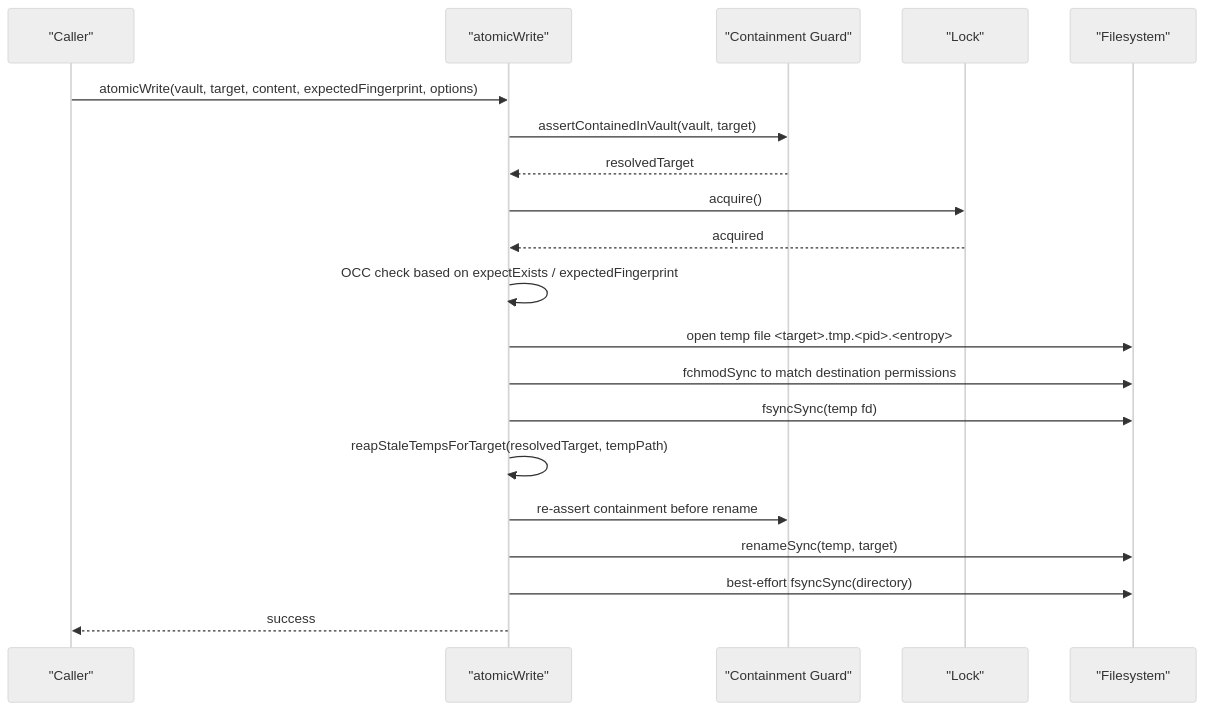
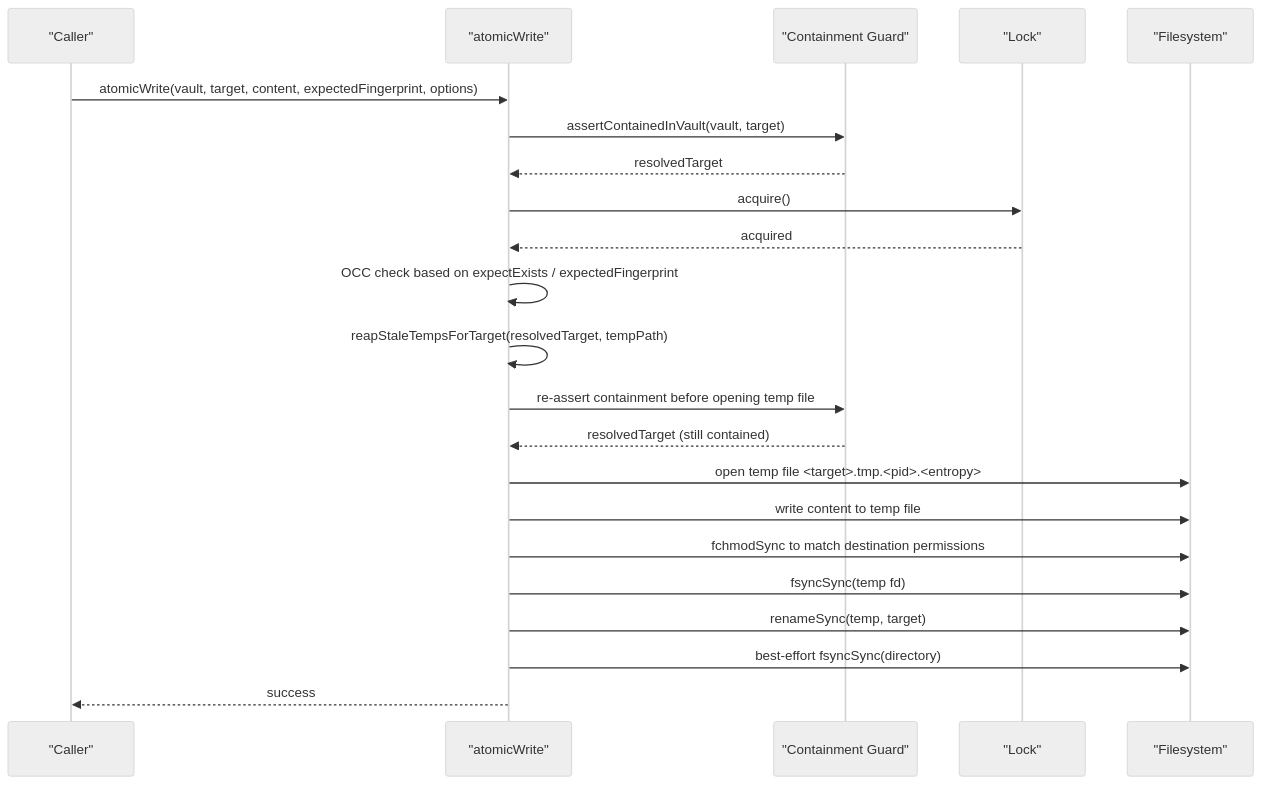
The sixth of 10 diagrams in Architecture Overview/Storage and Vault System.md (Kuldeep2822k/palee-architecture), drawn with Mermaid (neutral theme) before and after one commit. The commit also changed other lines of this file and 76 other files, not shown here.

````diff
--- a/Architecture Overview/Storage and Vault System.md
+++ b/Architecture Overview/Storage and Vault System.md
@@ -273,23 +222,25 @@
 ```mermaid
 sequenceDiagram
     participant Caller as "Caller"
     participant Writer as "atomicWrite"
     participant Containment as "Containment Guard"
     participant Lock as "Lock"
     participant FS as "Filesystem"
 
     Caller->>Writer: atomicWrite(vault, target, content, expectedFingerprint, options)
     Writer->>Containment: assertContainedInVault(vault, target)
     Containment-->>Writer: resolvedTarget
     Writer->>Lock: acquire()
     Lock-->>Writer: acquired
     Writer->>Writer: OCC check based on expectExists / expectedFingerprint
+    Writer->>Writer: reapStaleTempsForTarget(resolvedTarget, tempPath)
+    Writer->>Containment: re-assert containment before opening temp file
+    Containment-->>Writer: resolvedTarget (still contained)
     Writer->>FS: open temp file <target>.tmp.<pid>.<entropy>
+    Writer->>FS: write content to temp file
     Writer->>FS: fchmodSync to match destination permissions
     Writer->>FS: fsyncSync(temp fd)
-    Writer->>Writer: reapStaleTempsForTarget(resolvedTarget, tempPath)
-    Writer->>Containment: re-assert containment before rename
     Writer->>FS: renameSync(temp, target)
     Writer->>FS: best-effort fsyncSync(directory)
     Writer-->>Caller: success
 ```
````
